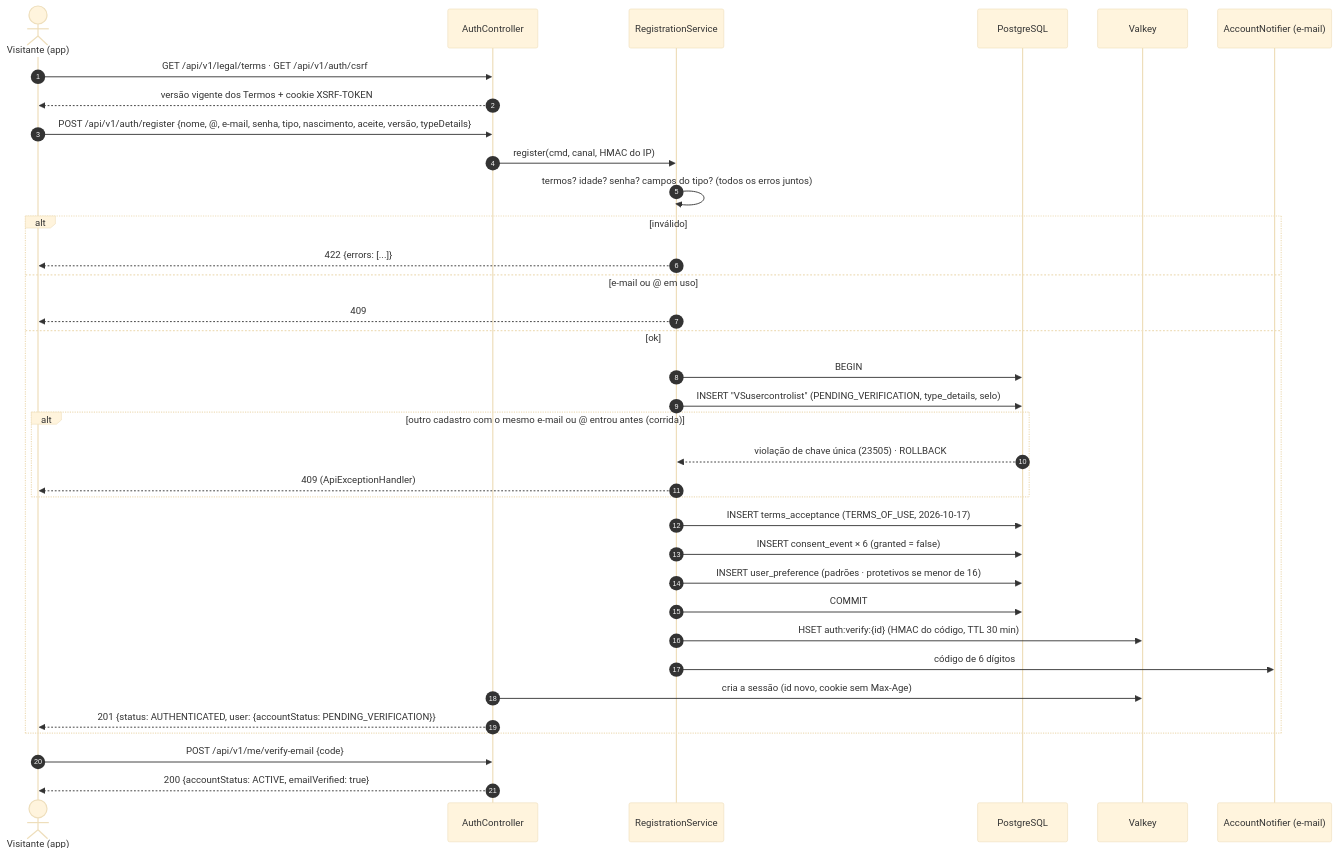
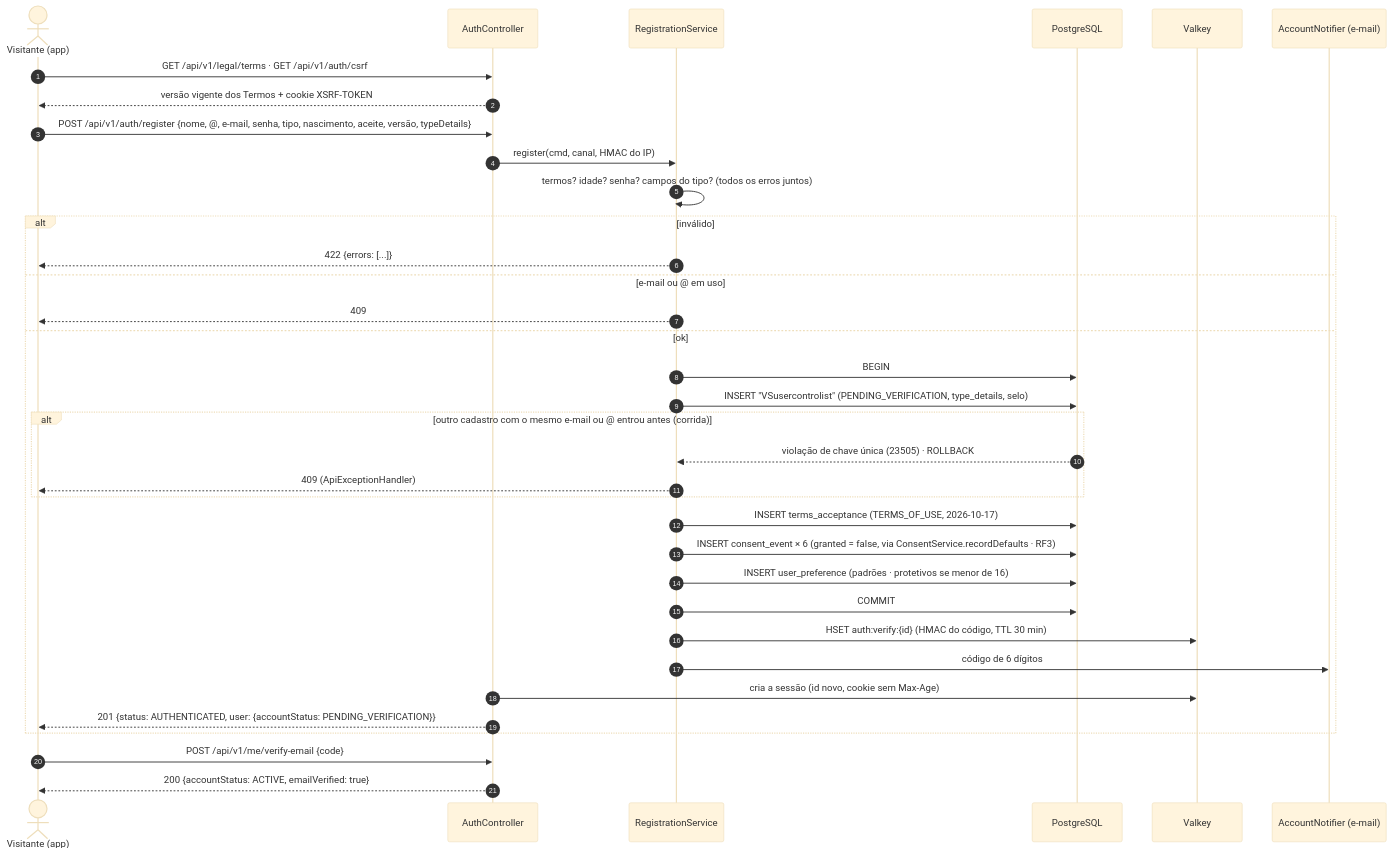
The second of 4 diagrams in docs/rf/RF01-cadastro-usuario.md (MatheusHaliski/orange_social_velion), drawn with Mermaid (base theme) before and after one commit. The commit also changed 14 other files, not shown here.

````diff
--- a/docs/rf/RF01-cadastro-usuario.md
+++ b/docs/rf/RF01-cadastro-usuario.md
@@ -76,38 +76,38 @@
 ```mermaid
 sequenceDiagram
     autonumber
     actor V as Visitante (app)
     participant API as AuthController
     participant R as RegistrationService
     participant DB as PostgreSQL
     participant VK as Valkey
     participant N as AccountNotifier (e-mail)
 
     V->>API: GET /api/v1/legal/terms · GET /api/v1/auth/csrf
     API-->>V: versão vigente dos Termos + cookie XSRF-TOKEN
     V->>API: POST /api/v1/auth/register {nome, @, e-mail, senha, tipo, nascimento, aceite, versão, typeDetails}
     API->>R: register(cmd, canal, HMAC do IP)
     R->>R: termos? idade? senha? campos do tipo? (todos os erros juntos)
     alt inválido
         R-->>V: 422 {errors: [...]}
     else e-mail ou @ em uso
         R-->>V: 409
     else ok
         R->>DB: BEGIN
         R->>DB: INSERT "VSusercontrolist" (PENDING_VERIFICATION, type_details, selo)
         alt outro cadastro com o mesmo e-mail ou @ entrou antes (corrida)
             DB-->>R: violação de chave única (23505) · ROLLBACK
             R-->>V: 409 (ApiExceptionHandler)
         end
         R->>DB: INSERT terms_acceptance (TERMS_OF_USE, 2026-10-17)
-        R->>DB: INSERT consent_event × 6 (granted = false)
+        R->>DB: INSERT consent_event × 6 (granted = false, via ConsentService.recordDefaults · RF3)
         R->>DB: INSERT user_preference (padrões · protetivos se menor de 16)
         R->>DB: COMMIT
         R->>VK: HSET auth:verify:{id} (HMAC do código, TTL 30 min)
         R->>N: código de 6 dígitos
         API->>VK: cria a sessão (id novo, cookie sem Max-Age)
         API-->>V: 201 {status: AUTHENTICATED, user: {accountStatus: PENDING_VERIFICATION}}
     end
     V->>API: POST /api/v1/me/verify-email {code}
     API-->>V: 200 {accountStatus: ACTIVE, emailVerified: true}
 ```
````
